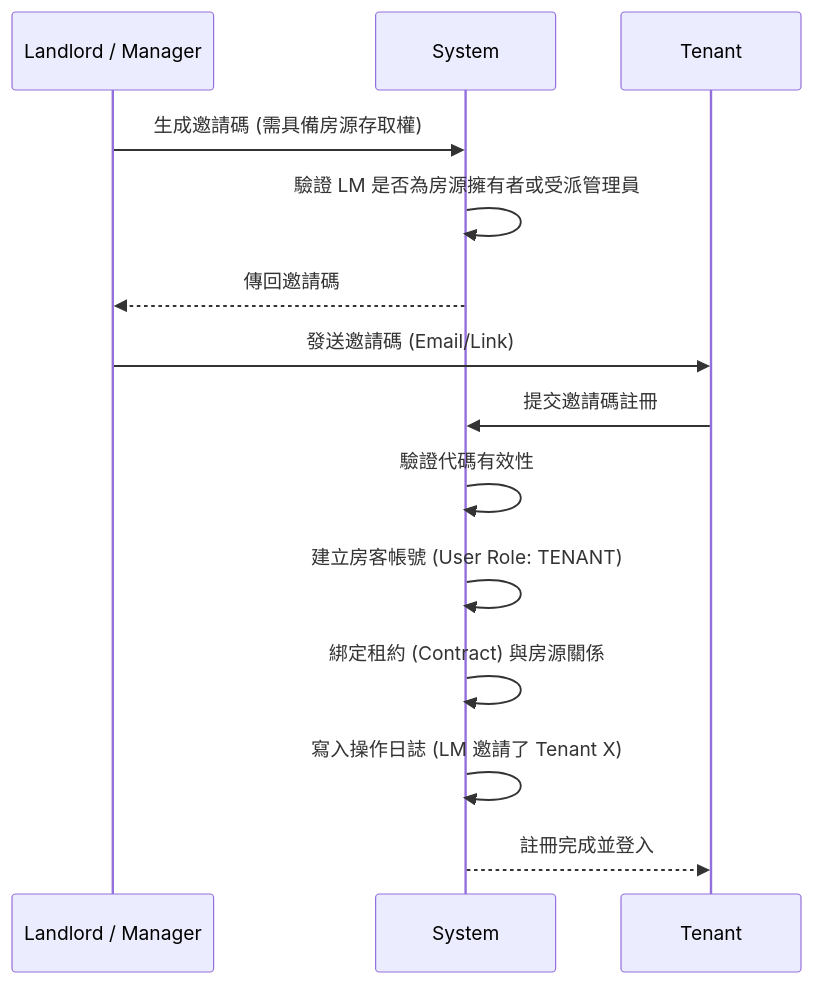
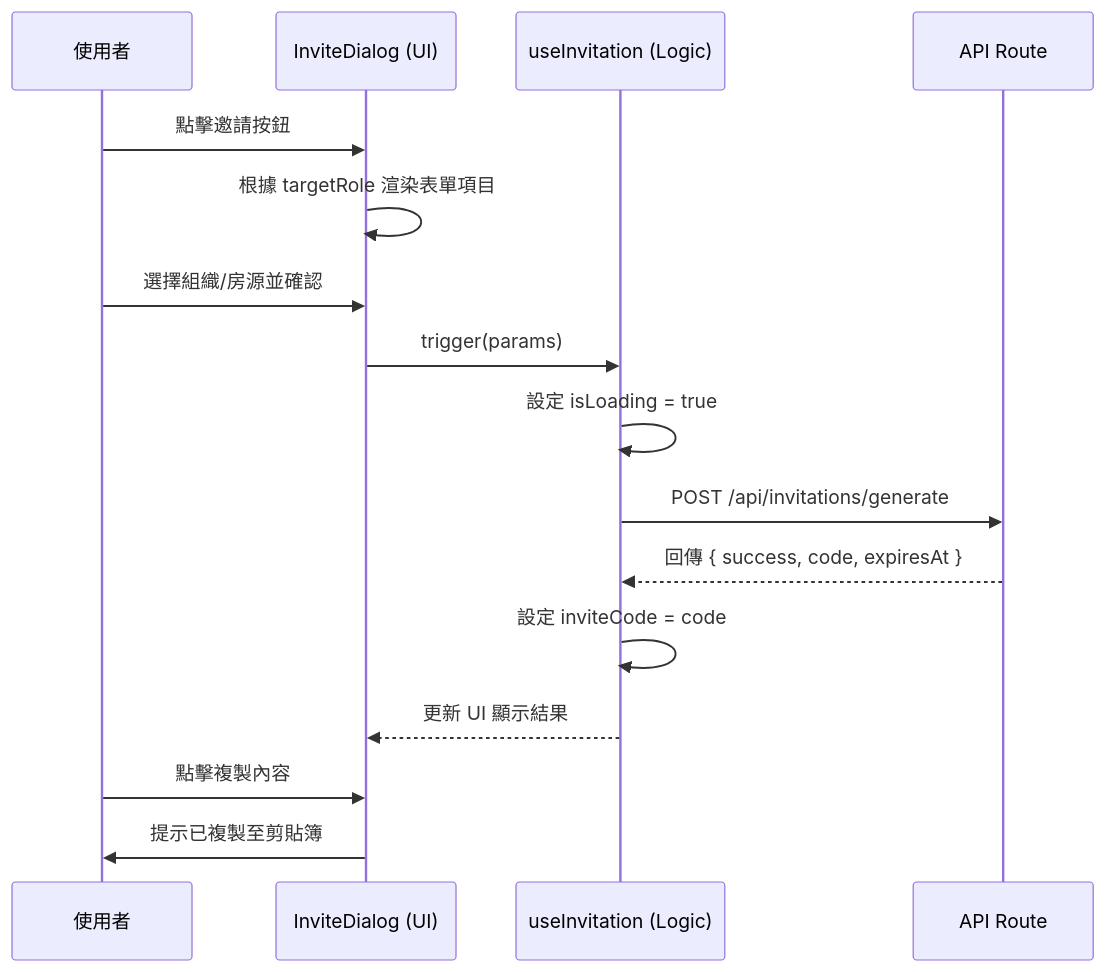
The third of 3 diagrams in spec.md (Hero935/PrimeStay), drawn with Mermaid before and after one commit. The commit also changed other lines of this file and 16 other files, not shown here.

````diff
--- a/spec.md
+++ b/spec.md
@@ -64,17 +66,19 @@
 ```mermaid
 sequenceDiagram
-    participant LM as Landlord / Manager
-    participant S as System
-    participant T as Tenant
-    
-    LM->>S: 生成邀請碼 (需具備房源存取權)
-    S->>S: 驗證 LM 是否為房源擁有者或受派管理員
-    S-->>LM: 傳回邀請碼
-    LM->>T: 發送邀請碼 (Email/Link)
-    T->>S: 提交邀請碼註冊
-    S->>S: 驗證代碼有效性
-    S->>S: 建立房客帳號 (User Role: TENANT)
-    S->>S: 綁定租約 (Contract) 與房源關係
-    S->>S: 寫入操作日誌 (LM 邀請了 Tenant X)
-    S-->>T: 註冊完成並登入
+    participant User as 使用者
+    participant Dialog as InviteDialog (UI)
+    participant Hook as useInvitation (Logic)
+    participant API as API Route
+
+    User->>Dialog: 點擊邀請按鈕
+    Dialog->>Dialog: 根據 targetRole 渲染表單項目
+    User->>Dialog: 選擇組織/房源並確認
+    Dialog->>Hook: trigger(params)
+    Hook->>Hook: 設定 isLoading = true
+    Hook->>API: POST /api/invitations/generate
+    API-->>Hook: 回傳 { success, code, expiresAt }
+    Hook->>Hook: 設定 inviteCode = code
+    Hook-->>Dialog: 更新 UI 顯示結果
+    User->>Dialog: 點擊複製內容
+    Dialog->>User: 提示已複製至剪貼簿
 ```
````
